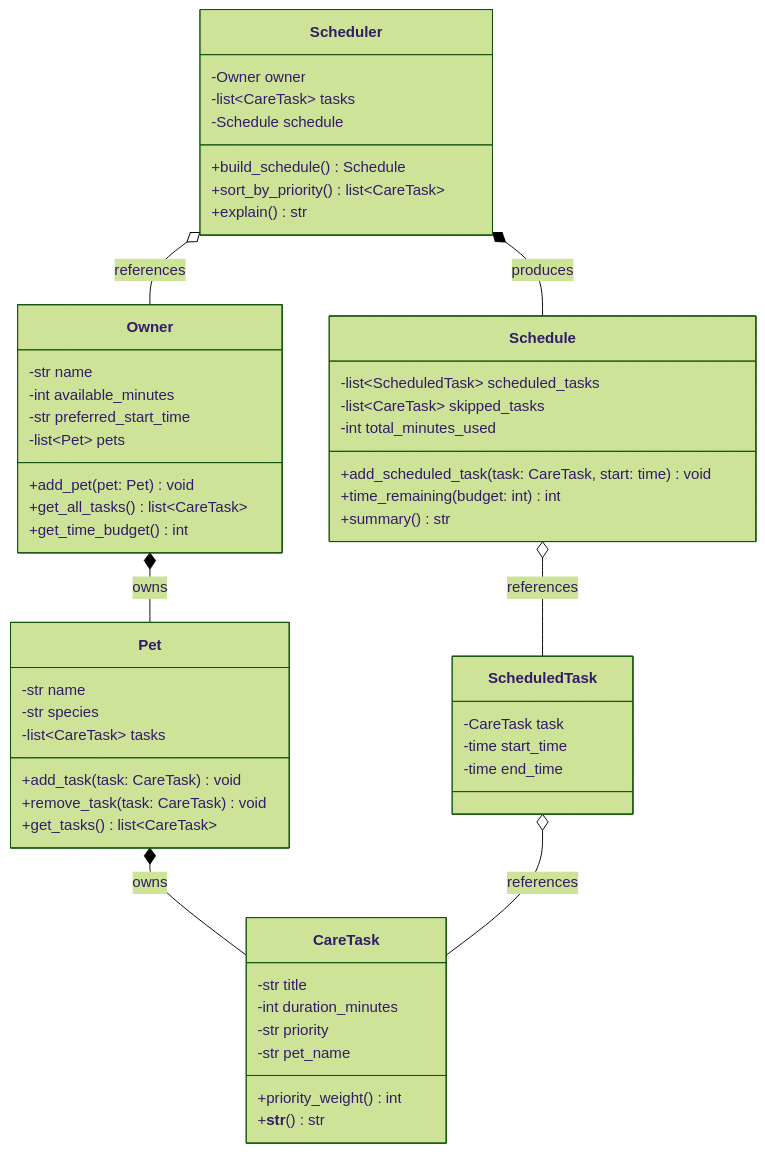
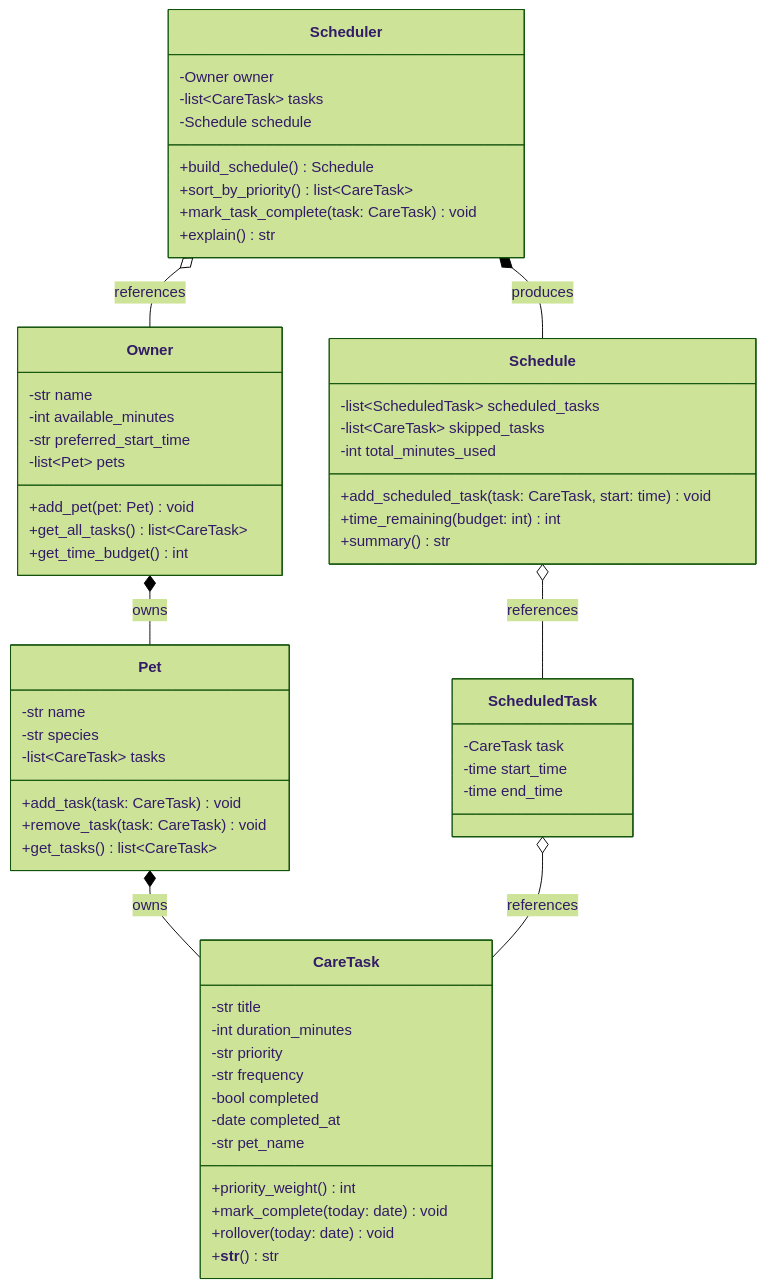
One commit to djenkins05/ai110-module2show-pawpal-starter changed the diagram in diagrams/uml.mmd. Above: the diagram before and after it, drawn with Mermaid (forest theme). The commit also changed 2 other files, not shown here.

```diff
--- a/diagrams/uml.mmd
+++ b/diagrams/uml.mmd
@@ -1,59 +1,65 @@
 classDiagram
     class Owner {
         -str name
         -int available_minutes
         -str preferred_start_time
         -list~Pet~ pets
         +add_pet(pet: Pet) void
         +get_all_tasks() list~CareTask~
         +get_time_budget() int
     }
 
     class Pet {
         -str name
         -str species
         -list~CareTask~ tasks
         +add_task(task: CareTask) void
         +remove_task(task: CareTask) void
         +get_tasks() list~CareTask~
     }
 
     class CareTask {
         -str title
         -int duration_minutes
         -str priority
+        -str frequency
+        -bool completed
+        -date completed_at
         -str pet_name
         +priority_weight() int
+        +mark_complete(today: date) void
+        +rollover(today: date) void
         +__str__() str
     }
 
     class ScheduledTask {
         -CareTask task
         -time start_time
         -time end_time
     }
 
     class Schedule {
         -list~ScheduledTask~ scheduled_tasks
         -list~CareTask~ skipped_tasks
         -int total_minutes_used
         +add_scheduled_task(task: CareTask, start: time) void
         +time_remaining(budget: int) int
         +summary() str
     }
 
     class Scheduler {
         -Owner owner
         -list~CareTask~ tasks
         -Schedule schedule
         +build_schedule() Schedule
         +sort_by_priority() list~CareTask~
+        +mark_task_complete(task: CareTask) void
         +explain() str
     }
 
     Owner *-- Pet : owns
     Pet *-- CareTask : owns
     Scheduler o-- Owner : references
     Scheduler *-- Schedule : produces
     Schedule o-- ScheduledTask : references
     ScheduledTask o-- CareTask : references
```
